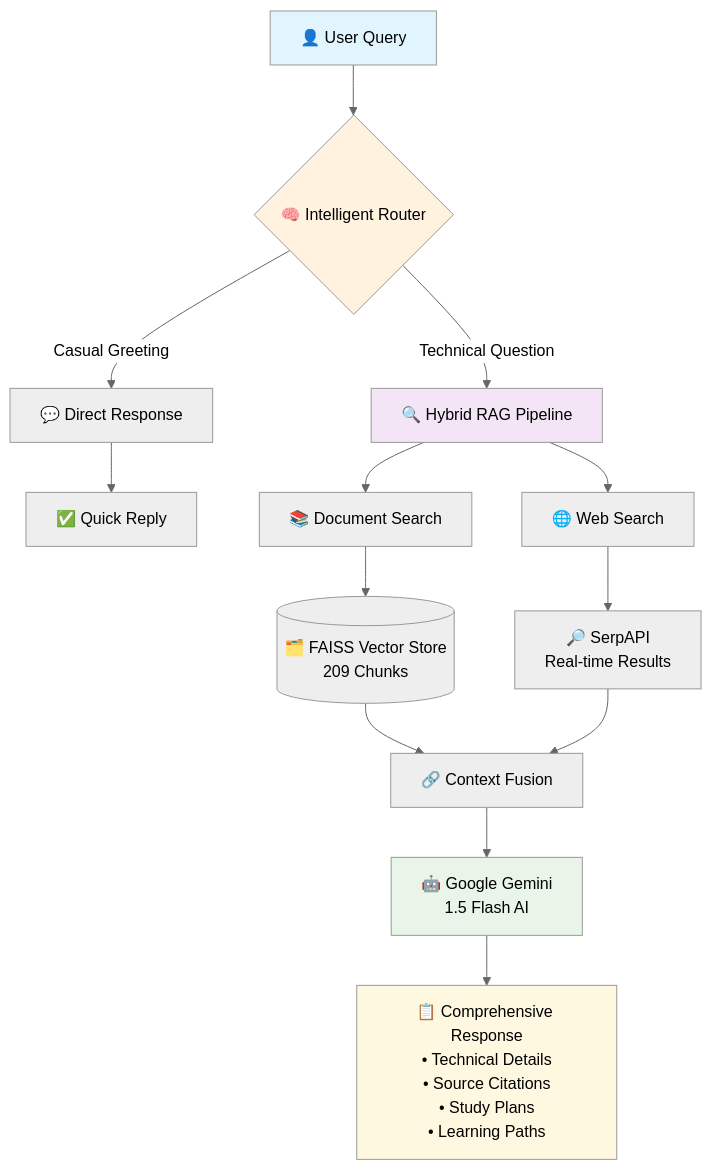
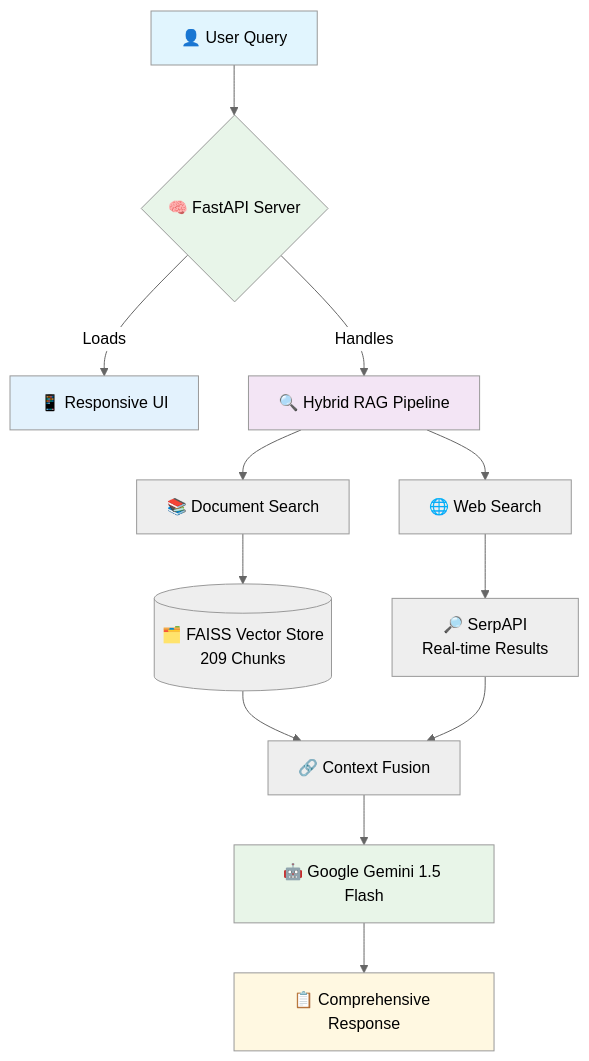
The first of 2 diagrams in README.md (xanderstevenson/cisco-automation-certification-station), drawn with Mermaid (neutral theme) before and after one commit. The commit also changed other lines of this file, not shown here.

````diff
--- a/README.md
+++ b/README.md
@@ -53,28 +58,27 @@
 ```mermaid
 flowchart TD
-    A[👤 User Query] --> B{🧠 Intelligent Router}
+    A[👤 User Query] --> B{🧠 FastAPI Server}
     
-    B -->|Casual Greeting| C[💬 Direct Response]
-    B -->|Technical Question| D[🔍 Hybrid RAG Pipeline]
+    B -->|Loads| C[📱 Responsive UI]
+    B -->|Handles| D[🔍 Hybrid RAG Pipeline]
     
-    C --> E[✅ Quick Reply]
+    D --> E[📚 Document Search]
+    D --> F[🌐 Web Search]
     
-    D --> F[📚 Document Search]
-    D --> G[🌐 Web Search]
+    E --> G[(🗂️ FAISS Vector Store<br/>209 Chunks)]
+    F --> H[🔎 SerpAPI<br/>Real-time Results]
     
-    F --> H[(🗂️ FAISS Vector Store<br/>209 Chunks)]
-    G --> I[🔎 SerpAPI<br/>Real-time Results]
+    G --> I[🔗 Context Fusion]
+    H --> I
     
-    H --> J[🔗 Context Fusion]
-    I --> J
+    I --> J[🤖 Google Gemini 1.5 Flash]
     
-    J --> K[🤖 Google Gemini<br/>1.5 Flash AI]
-    
-    K --> L[📋 Comprehensive Response<br/>• Technical Details<br/>• Source Citations<br/>• Study Plans<br/>• Learning Paths]
+    J --> K[📋 Comprehensive Response]
     
     style A fill:#e1f5fe
-    style B fill:#fff3e0
+    style B fill:#e8f5e9
+    style C fill:#e3f2fd
     style D fill:#f3e5f5
-    style K fill:#e8f5e8
-    style L fill:#fff8e1
+    style J fill:#e8f5e8
+    style K fill:#fff8e1
 ```
````
